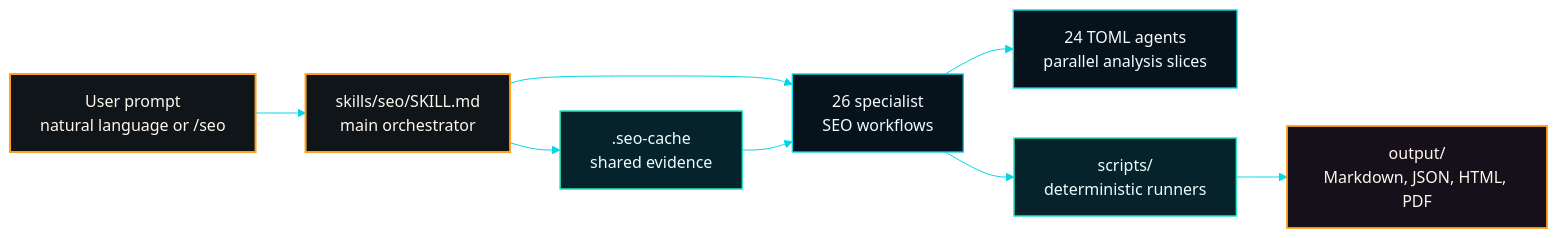
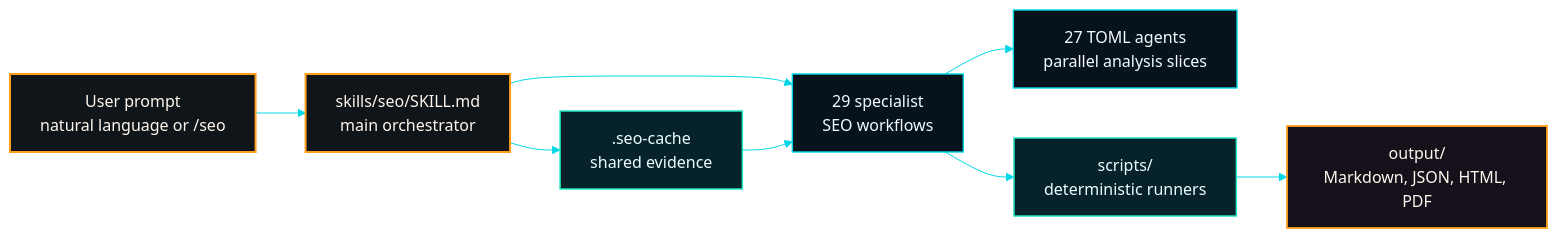
The first of 6 diagrams in README.md (dotusmanali/antigravity-seo), drawn with Mermaid before and after one commit. The commit also changed other lines of this file and 17 other files, not shown here.

````diff
--- a/README.md
+++ b/README.md
@@ -104,18 +104,18 @@
 ```mermaid
 %%{init: {"theme":"base","themeVariables":{"background":"#05080d","primaryColor":"#07131c","primaryTextColor":"#f5fbff","primaryBorderColor":"#00d7e6","lineColor":"#00d7e6","secondaryColor":"#06222a","tertiaryColor":"#ff9f1c","edgeLabelBackground":"#05080d","fontFamily":"Inter, ui-sans-serif, system-ui, sans-serif"}}}%%
 flowchart LR
   user["User prompt<br/>natural language or /seo"] --> orchestrator["skills/seo/SKILL.md<br/>main orchestrator"]
   orchestrator --> cache[".seo-cache<br/>shared evidence"]
-  orchestrator --> skills["26 specialist<br/>SEO workflows"]
-  skills --> agents["24 TOML agents<br/>parallel analysis slices"]
+  orchestrator --> skills["29 specialist<br/>SEO workflows"]
+  skills --> agents["27 TOML agents<br/>parallel analysis slices"]
   skills --> scripts["scripts/<br/>deterministic runners"]
   scripts --> output["output/<br/>Markdown, JSON, HTML, PDF"]
   cache --> skills
   class user,orchestrator accent
   class cache,scripts data
   class output output
   classDef default fill:#07131c,stroke:#00d7e6,color:#f5fbff,stroke-width:1.4px
   classDef accent fill:#10151a,stroke:#ff9f1c,color:#fff7ed,stroke-width:2px
   classDef data fill:#06222a,stroke:#21e6c1,color:#ecfeff,stroke-width:1.5px
   classDef output fill:#15101a,stroke:#ff9f1c,color:#fff7ed,stroke-width:1.8px
 ```
````
